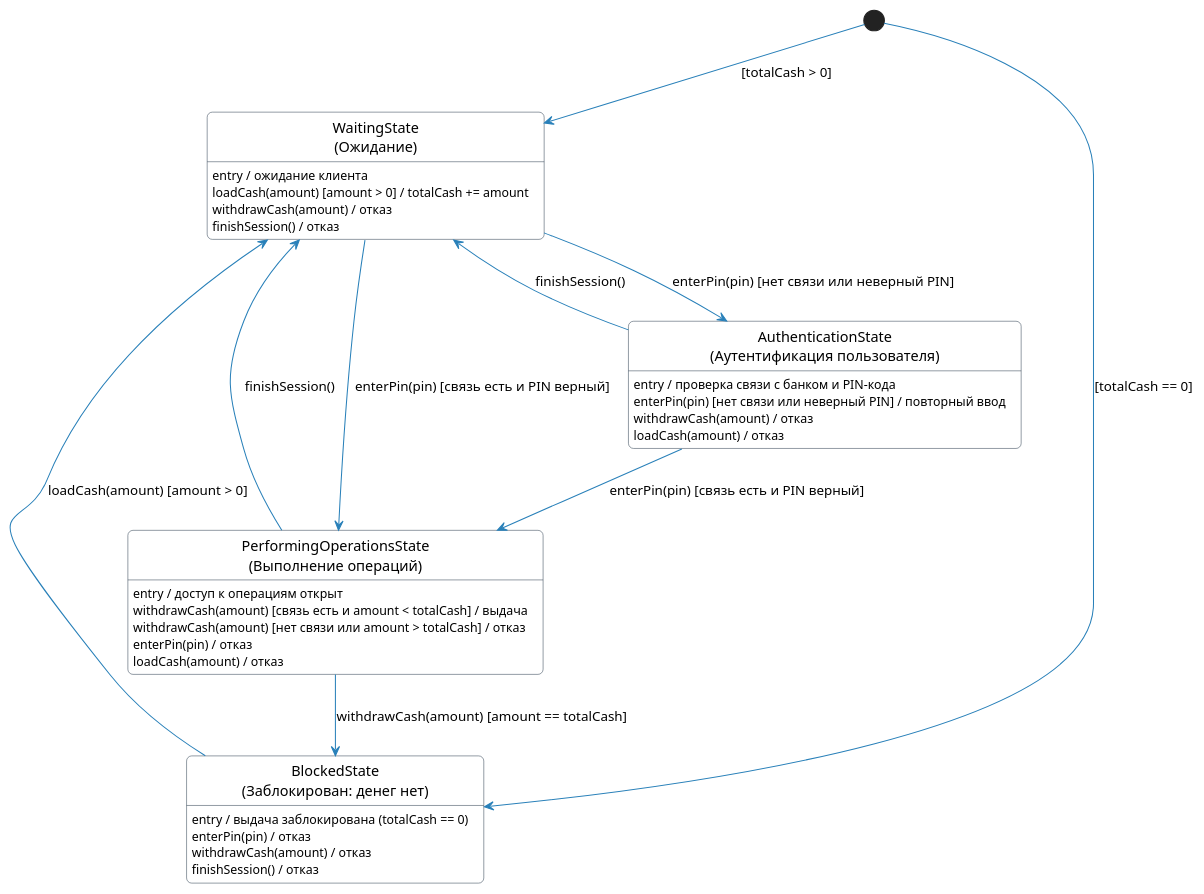
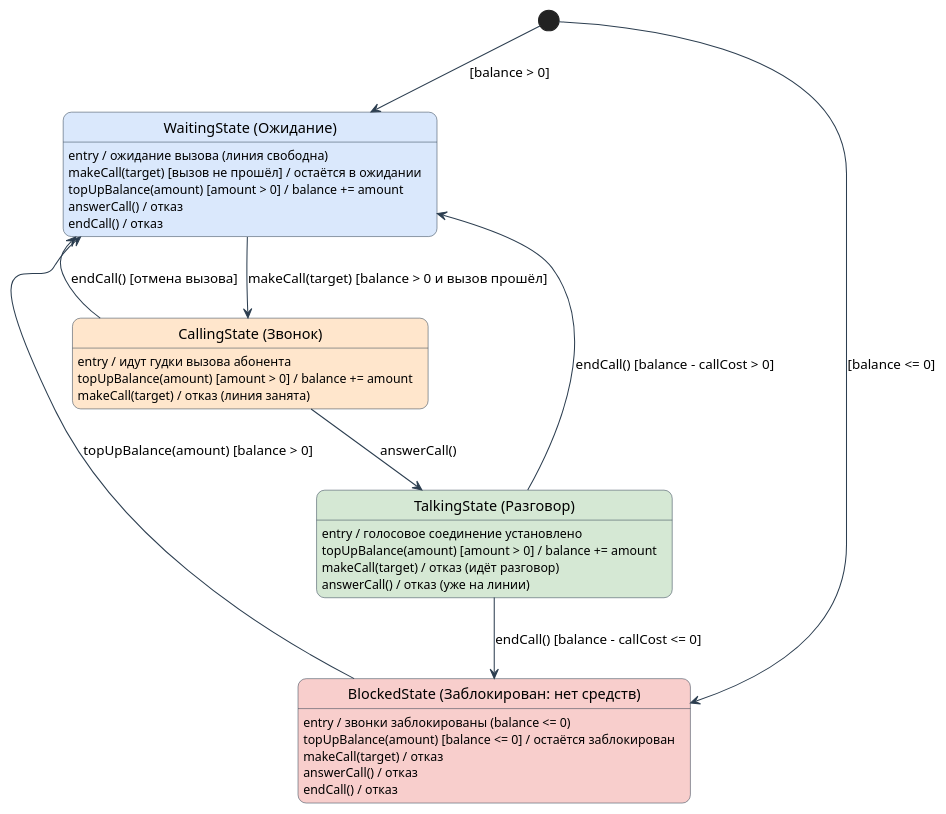
The diagram in lab-4/state_diagram.puml (NomenConservandum/informational-systems-and-design-lab-exercises), drawn with PlantUML before and after one commit. The commit also changed 19 other files, not shown here.

```diff
--- a/lab-4/state_diagram.puml
+++ b/lab-4/state_diagram.puml
@@ -1,54 +1,54 @@
 @startuml
 skinparam monochrome false
-skinparam roundcorner 10
+skinparam roundcorner 16
 skinparam shadowing false
 
 skinparam state {
     BackgroundColor White
     BorderColor #2C3E50
-    ArrowColor #2980B9
+    ArrowColor #2C3E50
     StartColor #27AE60
     EndColor #C0392B
+    FontName Helvetica
 }
 
-[*] --> WaitingState : [totalCash > 0]
-[*] --> BlockedState : [totalCash == 0]
+[*] --> WaitingState : [balance > 0]
+[*] --> BlockedState : [balance <= 0]
 
-state WaitingState as "WaitingState\n(Ожидание)" {
-    WaitingState : entry / ожидание клиента
-    WaitingState : loadCash(amount) [amount > 0] / totalCash += amount
-    WaitingState : withdrawCash(amount) / отказ
-    WaitingState : finishSession() / отказ
+state "WaitingState (Ожидание)" as WaitingState #dae8fc {
+    WaitingState : entry / ожидание вызова (линия свободна)
+    WaitingState : makeCall(target) [вызов не прошёл] / остаётся в ожидании
+    WaitingState : topUpBalance(amount) [amount > 0] / balance += amount
+    WaitingState : answerCall() / отказ
+    WaitingState : endCall() / отказ
 }
 
-state AuthenticationState as "AuthenticationState\n(Аутентификация пользователя)" {
-    AuthenticationState : entry / проверка связи с банком и PIN-кода
-    AuthenticationState : enterPin(pin) [нет связи или неверный PIN] / повторный ввод
-    AuthenticationState : withdrawCash(amount) / отказ
-    AuthenticationState : loadCash(amount) / отказ
+state "CallingState (Звонок)" as CallingState #ffe6cc {
+    CallingState : entry / идут гудки вызова абонента
+    CallingState : topUpBalance(amount) [amount > 0] / balance += amount
+    CallingState : makeCall(target) / отказ (линия занята)
 }
 
-state PerformingOperationsState as "PerformingOperationsState\n(Выполнение операций)" {
-    PerformingOperationsState : entry / доступ к операциям открыт
-    PerformingOperationsState : withdrawCash(amount) [связь есть и amount < totalCash] / выдача
-    PerformingOperationsState : withdrawCash(amount) [нет связи или amount > totalCash] / отказ
-    PerformingOperationsState : enterPin(pin) / отказ
-    PerformingOperationsState : loadCash(amount) / отказ
+state "TalkingState (Разговор)" as TalkingState #d5e8d4 {
+    TalkingState : entry / голосовое соединение установлено
+    TalkingState : topUpBalance(amount) [amount > 0] / balance += amount
+    TalkingState : makeCall(target) / отказ (идёт разговор)
+    TalkingState : answerCall() / отказ (уже на линии)
 }
 
-state BlockedState as "BlockedState\n(Заблокирован: денег нет)" {
-    BlockedState : entry / выдача заблокирована (totalCash == 0)
-    BlockedState : enterPin(pin) / отказ
-    BlockedState : withdrawCash(amount) / отказ
-    BlockedState : finishSession() / отказ
+state "BlockedState (Заблокирован: нет средств)" as BlockedState #f8cecc {
+    BlockedState : entry / звонки заблокированы (balance <= 0)
+    BlockedState : topUpBalance(amount) [balance <= 0] / остаётся заблокирован
+    BlockedState : makeCall(target) / отказ
+    BlockedState : answerCall() / отказ
+    BlockedState : endCall() / отказ
 }
 
-WaitingState --> AuthenticationState : enterPin(pin) [нет связи или неверный PIN]
-AuthenticationState --> WaitingState : finishSession()
-WaitingState --> PerformingOperationsState : enterPin(pin) [связь есть и PIN верный]
-AuthenticationState --> PerformingOperationsState : enterPin(pin) [связь есть и PIN верный]
-PerformingOperationsState --> WaitingState : finishSession()
-PerformingOperationsState --> BlockedState : withdrawCash(amount) [amount == totalCash]
-BlockedState --> WaitingState : loadCash(amount) [amount > 0]
+WaitingState --> CallingState : makeCall(target) [balance > 0 и вызов прошёл]
+CallingState --> WaitingState : endCall() [отмена вызова]
+CallingState --> TalkingState : answerCall()
+TalkingState --> WaitingState : endCall() [balance - callCost > 0]
+TalkingState --> BlockedState : endCall() [balance - callCost <= 0]
+BlockedState --> WaitingState : topUpBalance(amount) [balance > 0]
 
 @enduml
```
